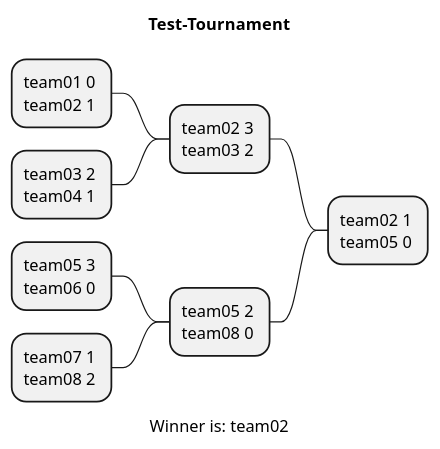
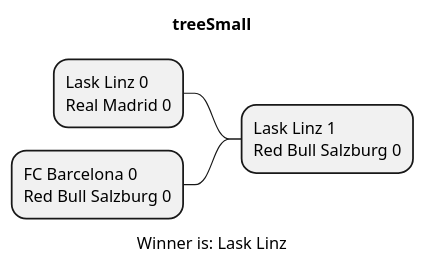
Before and after one commit to htl-leonding-project/2022-4ahif-autohaus: the diagram in asciidocs/plantuml/Result.puml, drawn with PlantUML. The commit also changed 7 other files, not shown here.

```diff
--- a/asciidocs/plantuml/Result.puml
+++ b/asciidocs/plantuml/Result.puml
@@ -1,18 +1,10 @@
-@startmindmap Test-Tournament.png
-title Test-Tournament
+@startmindmap treeSmall.png
+title treeSmall
 
-- team02 1 \nteam05 0
+- Lask Linz 1 \nRed Bull Salzburg 0
 
--- team02 3 \nteam03 2
+-- Lask Linz 0 \nReal Madrid 0
 
---- team01 0 \nteam02 1
-
---- team03 2 \nteam04 1
-
--- team05 2 \nteam08 0
-
---- team05 3 \nteam06 0
-
---- team07 1 \nteam08 2
-caption Winner is: team02
+-- FC Barcelona 0 \nRed Bull Salzburg 0
+caption Winner is: Lask Linz
 @endmindmap
```
